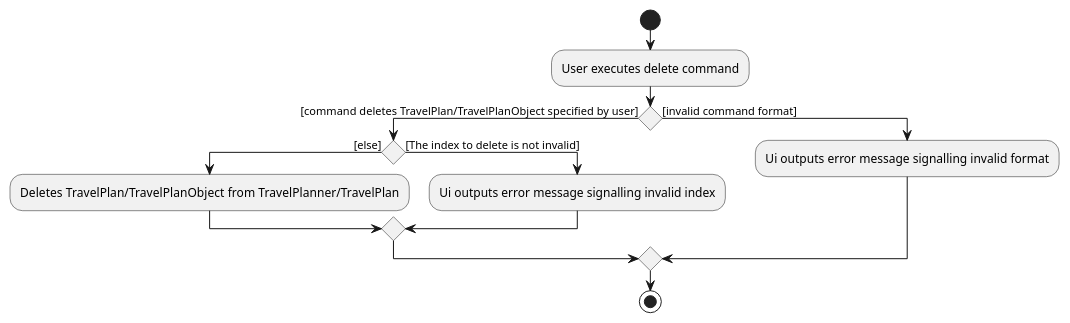
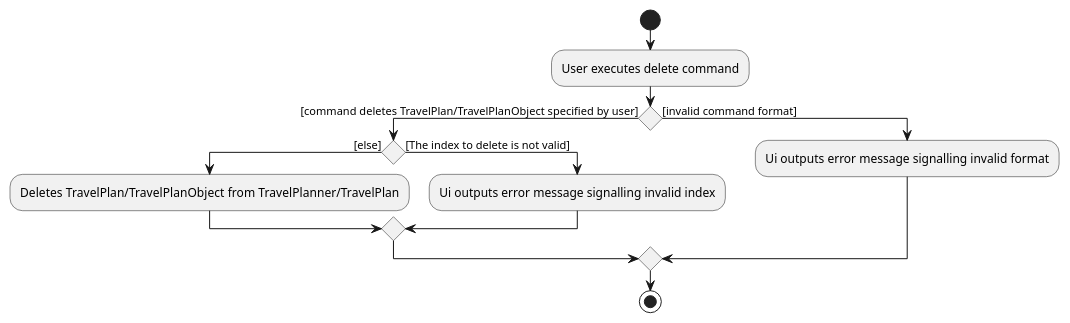
Before and after one commit to underthehai/tp: the diagram in docs/diagrams/DeleteActivityDiagram.puml, drawn with PlantUML. The commit also changed 13 other files, not shown here.

```diff
--- a/docs/diagrams/DeleteActivityDiagram.puml
+++ b/docs/diagrams/DeleteActivityDiagram.puml
@@ -1,20 +1,20 @@
 @startuml
 start
 :User executes delete command;
 
 'Since the beta syntax does not support placing the condition outside the
 'diamond we place it as the true branch instead.
 
 if () then ([command deletes TravelPlan/TravelPlanObject specified by user])
     if() then ([else])
     :Deletes TravelPlan/TravelPlanObject from TravelPlanner/TravelPlan;
-    else ([The index to delete is not invalid])
+    else ([The index to delete is not valid])
     :Ui outputs error message signalling invalid index;
 
 endif
 
 else([invalid command format])
 :Ui outputs error message signalling invalid format;
 endif
 stop
 @enduml
```
